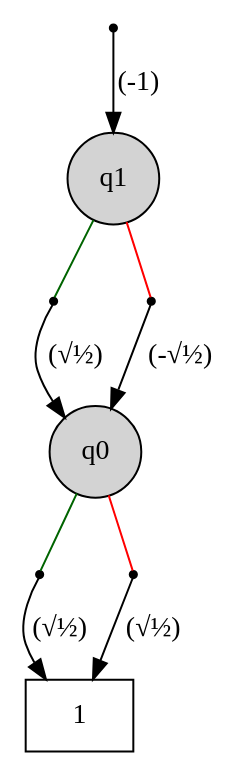
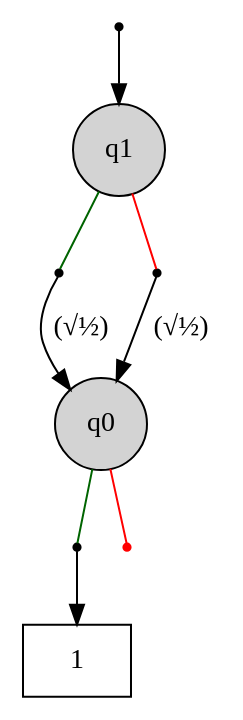
The diagram in data/1.dot (cda-tum/mqt-ddvis), drawn with Graphviz before and after one commit. The commit also changed 4 other files, not shown here.

```diff
--- a/data/1.dot
+++ b/data/1.dot
@@ -1,25 +1,24 @@
 digraph "DD" {
 graph [center=true, ordering=out];
 node [shape=circle, center=true];
 "T" [ shape = box, label="1" ];
 "R" [label="", shape=point];
 "0" [ label="q1" ,style=filled, fillcolor=lightgray ];
 "0h0"  [label="", shape=point];
 "0h2"  [label="", shape=point];
 "1" [ label="q0" ,style=filled, fillcolor=lightgray ];
 "1h0"  [label="", shape=point ];
-"1h2"  [label="", shape=point ];
+"1h2"  [label="", shape=point , fillcolor=red, color=red];
 
-"R" -> "0" [label="(-1)" ];
+"R" -> "0"
 {rank=same; "0h0" "0h2"}
 "0" -> "0h0" [arrowhead=none,color=darkgreen];
 "0h0" -> "1" [label=" (√½)" ];
 "0" -> "0h2" [arrowhead=none,color=red];
-"0h2" -> "1" [label=" (-√½)" ];
+"0h2" -> "1" [label=" (√½)" ];
 {rank=same; "1h0" "1h2"}
 "1" -> "1h0" [arrowhead=none,color=darkgreen];
-"1h0"-> "T" [label= "(√½)", ];
+"1h0"-> "T";
 "1" -> "1h2" [arrowhead=none,color=red];
-"1h2"-> "T" [label= "(√½)", ];
 
 }
```
